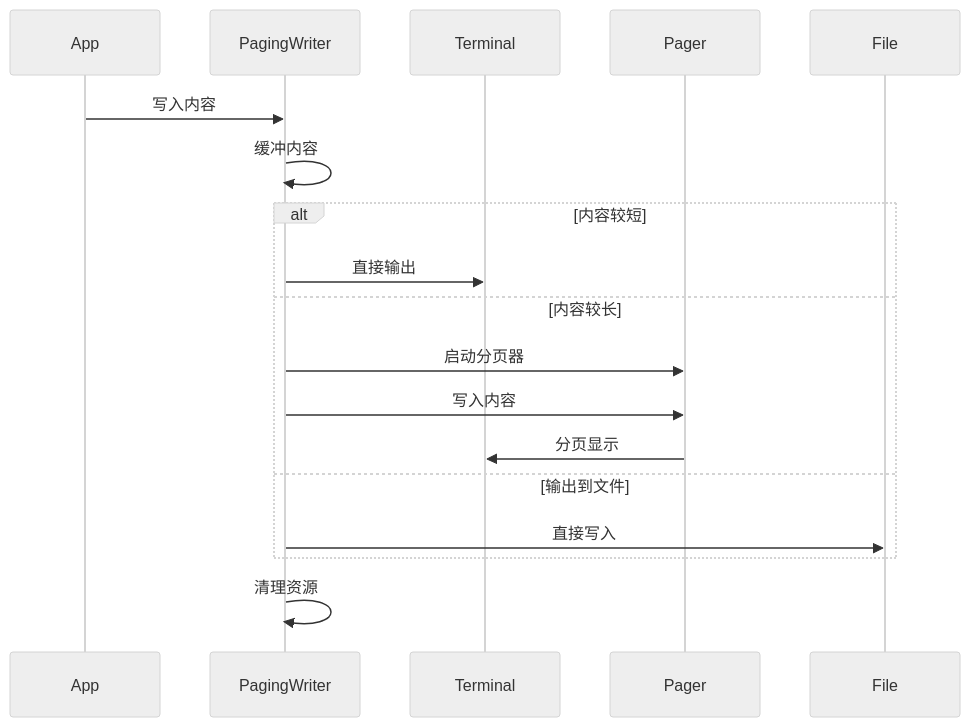
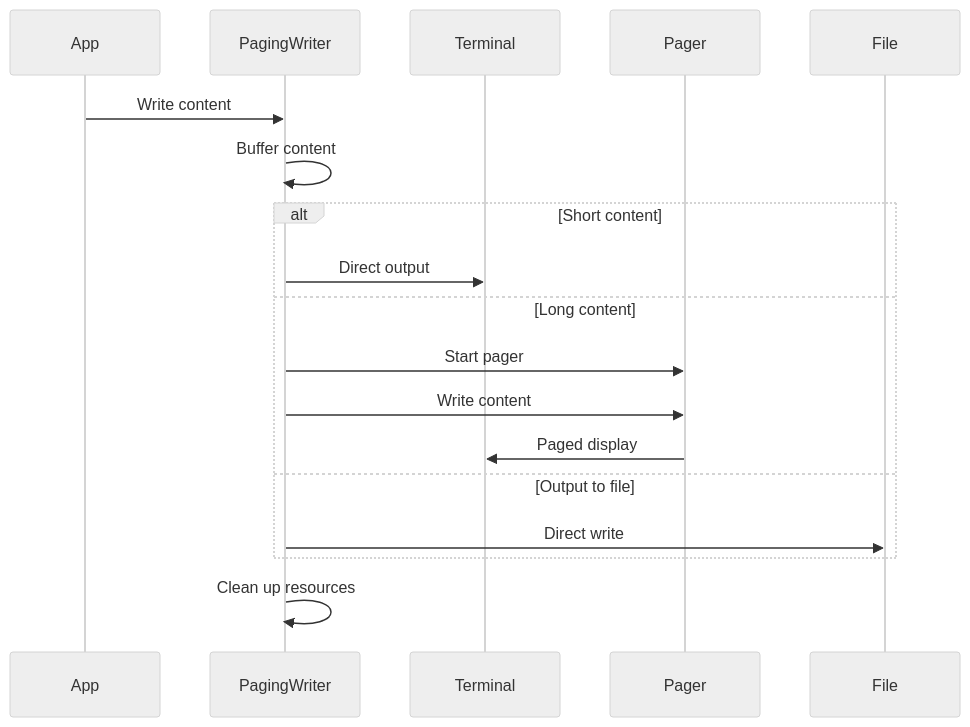
One commit to hitzhangjie/golang-debugger-book-en changed the diagram in book/9-develop-sym-debugger/3-高级功能扩展/103-howto_paging_output.md. Above: the diagram before and after it, drawn with Mermaid (neutral theme). The commit also changed other lines of this file and 44 other files, not shown here.

````diff
--- a/book/9-develop-sym-debugger/3-高级功能扩展/103-howto_paging_output.md
+++ b/book/9-develop-sym-debugger/3-高级功能扩展/103-howto_paging_output.md
@@ -59,23 +59,23 @@
 ```mermaid
 sequenceDiagram
     participant App
     participant PagingWriter
     participant Terminal
     participant Pager
     participant File
 
-    App->>PagingWriter: 写入内容
-    PagingWriter->>PagingWriter: 缓冲内容
+    App->>PagingWriter: Write content
+    PagingWriter->>PagingWriter: Buffer content
   
-    alt 内容较短
-        PagingWriter->>Terminal: 直接输出
-    else 内容较长
-        PagingWriter->>Pager: 启动分页器
-        PagingWriter->>Pager: 写入内容
-        Pager->>Terminal: 分页显示
-    else 输出到文件
-        PagingWriter->>File: 直接写入
+    alt Short content
+        PagingWriter->>Terminal: Direct output
+    else Long content
+        PagingWriter->>Pager: Start pager
+        PagingWriter->>Pager: Write content
+        Pager->>Terminal: Paged display
+    else Output to file
+        PagingWriter->>File: Direct write
     end
   
-    PagingWriter->>PagingWriter: 清理资源
+    PagingWriter->>PagingWriter: Clean up resources
 ```
````
